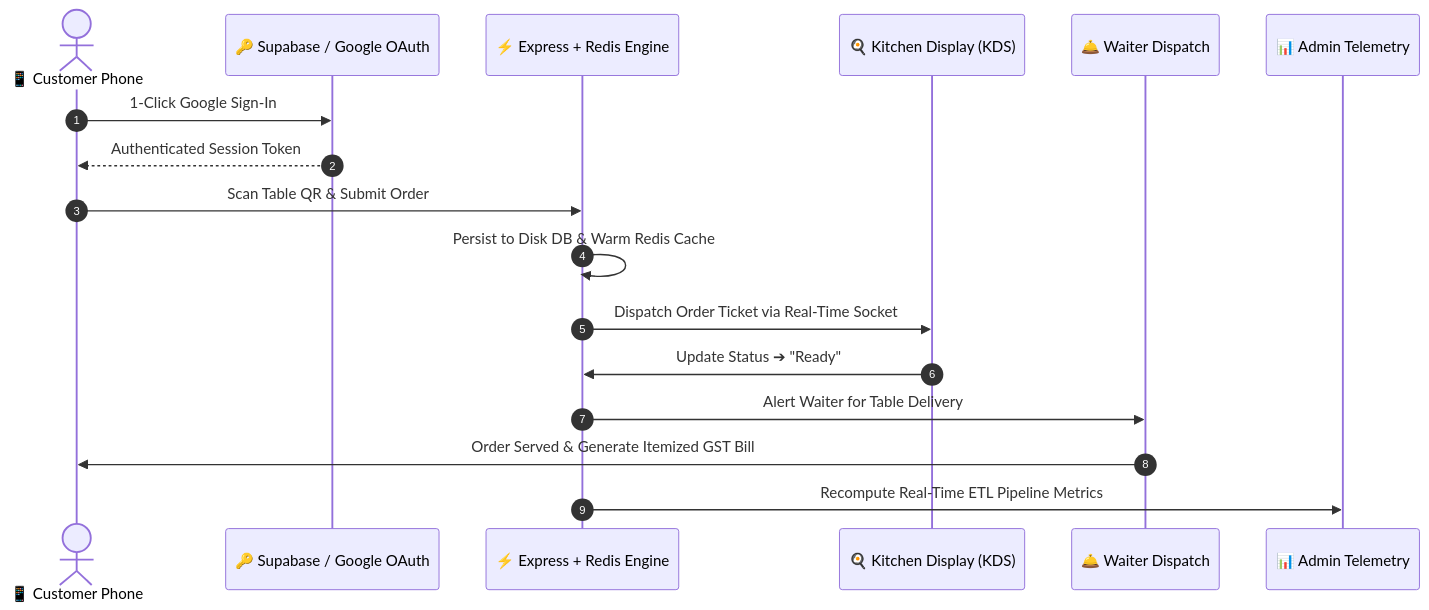
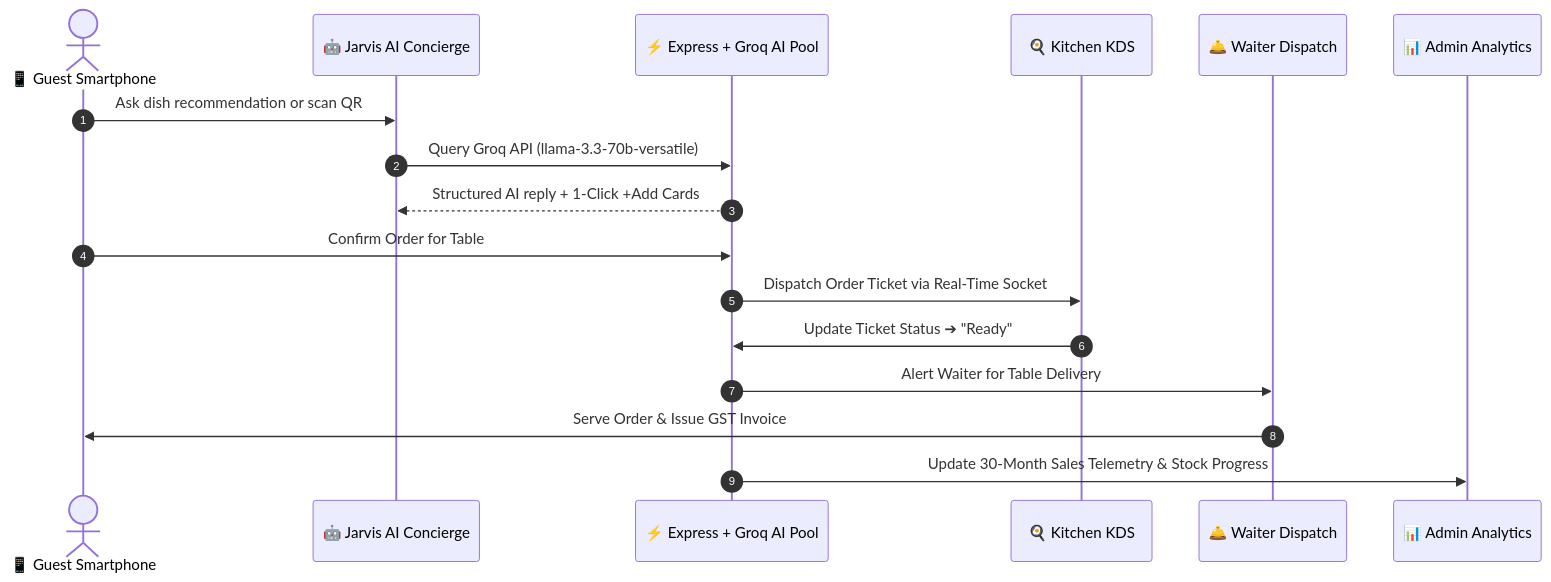
One commit to mohammed-shaz9/Vibeathon6.0 changed the diagram in README.md. Above: the diagram before and after it, drawn with Mermaid. The commit also changed other lines of this file, not shown here.

Commit message:
docs: upgrade README.md with OrderWorder inspiration, 4-Key Groq AI Concierge, camera QR scanner, 30-Month telemetry, and team credentials

````diff
--- a/README.md
+++ b/README.md
@@ -66,20 +88,20 @@
 ```mermaid
 sequenceDiagram
     autonumber
-    actor Customer as 📱 Customer Phone
-    participant Auth as 🔑 Supabase / Google OAuth
-    participant Core as ⚡ Express + Redis Engine
-    participant KDS as 🍳 Kitchen Display (KDS)
+    actor Guest as 📱 Guest Smartphone
+    participant Jarvis as 🤖 Jarvis AI Concierge
+    participant Core as ⚡ Express + Groq AI Pool
+    participant KDS as 🍳 Kitchen KDS
     participant Waiter as 🛎️ Waiter Dispatch
-    participant Admin as 📊 Admin Telemetry
+    participant Admin as 📊 Admin Analytics
 
-    Customer->>Auth: 1-Click Google Sign-In
-    Auth-->>Customer: Authenticated Session Token
-    Customer->>Core: Scan Table QR & Submit Order
-    Core->>Core: Persist to Disk DB & Warm Redis Cache
+    Guest->>Jarvis: Ask dish recommendation or scan QR
+    Jarvis->>Core: Query Groq API (llama-3.3-70b-versatile)
+    Core-->>Jarvis: Structured AI reply + 1-Click +Add Cards
+    Guest->>Core: Confirm Order for Table #1
     Core->>KDS: Dispatch Order Ticket via Real-Time Socket
-    KDS->>Core: Update Status ➔ "Ready"
+    KDS->>Core: Update Ticket Status ➔ "Ready"
     Core->>Waiter: Alert Waiter for Table Delivery
-    Waiter->>Customer: Order Served & Generate Itemized GST Bill
-    Core->>Admin: Recompute Real-Time ETL Pipeline Metrics
+    Waiter->>Guest: Serve Order & Issue GST Invoice
+    Core->>Admin: Update 30-Month Sales Telemetry & Stock Progress
 ```
````
